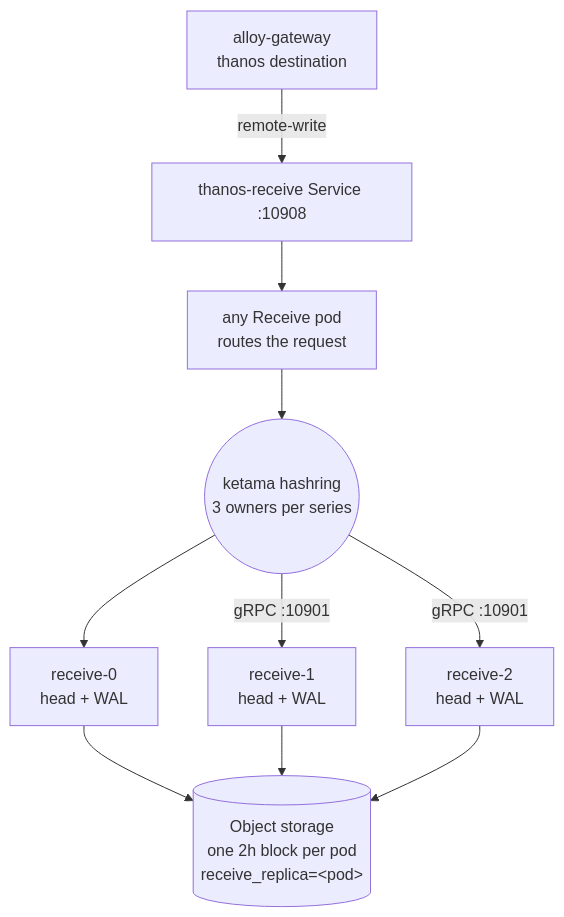
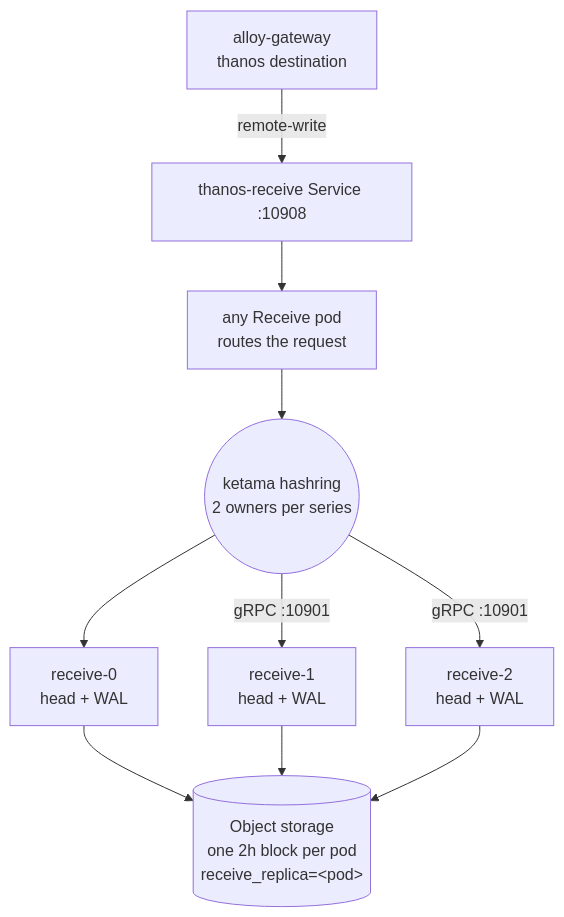
The third of 6 diagrams in docs/content/metrics/architecture.md (MaterializeInc/materialize-monitoring), drawn with Mermaid before and after one commit. The commit also changed other lines of this file and 24 other files, not shown here.

````diff
--- a/docs/content/metrics/architecture.md
+++ b/docs/content/metrics/architecture.md
@@ -147,19 +147,19 @@
 ```mermaid
 flowchart TB
   gw["alloy-gateway<br/>thanos destination"]
   svc["thanos-receive Service :10908"]
   router["any Receive pod<br/>routes the request"]
-  ring(("ketama hashring<br/>3 owners per series"))
+  ring(("ketama hashring<br/>2 owners per series"))
   own0["receive-0<br/>head + WAL"]
   own1["receive-1<br/>head + WAL"]
   own2["receive-2<br/>head + WAL"]
   bucket[("Object storage<br/>one 2h block per pod<br/>receive_replica=&lt;pod&gt;")]
 
   gw -->|"remote-write"| svc --> router --> ring
   ring --> own0
   ring -->|"gRPC :10901"| own1
   ring -->|"gRPC :10901"| own2
   own0 --> bucket
   own1 --> bucket
   own2 --> bucket
 ```
````
